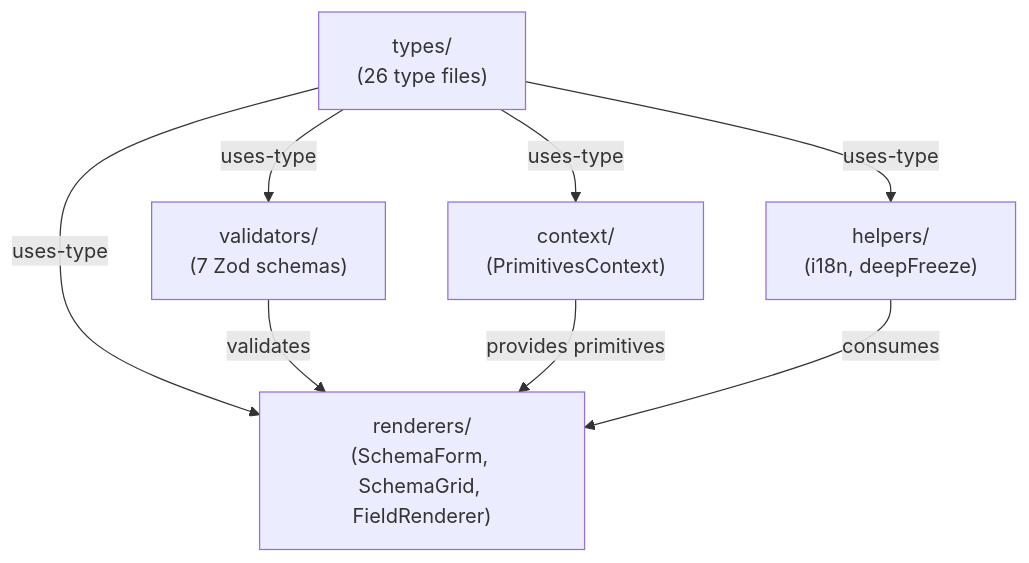
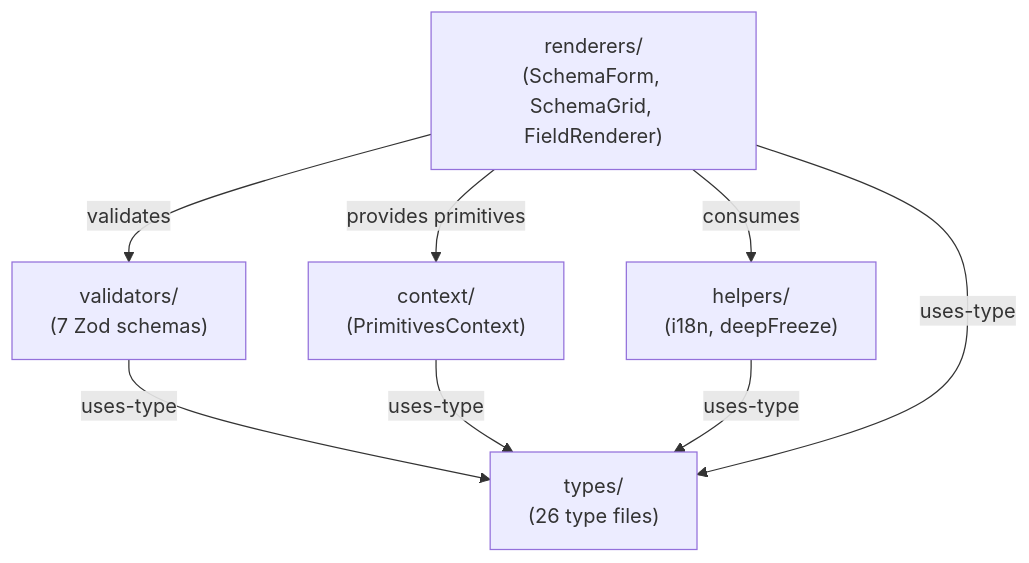
Before and after one commit to WianVDM/schema-framework: the first of 3 diagrams in docs/context-map.md, drawn with Mermaid. The commit also changed 21 other files, not shown here.

````diff
--- a/docs/context-map.md
+++ b/docs/context-map.md
@@ -21,16 +21,16 @@
 ```mermaid
 graph TD
     types["types/<br/>(26 type files)"]
     validators["validators/<br/>(7 Zod schemas)"]
     context["context/<br/>(PrimitivesContext)"]
     helpers["helpers/<br/>(i18n, deepFreeze)"]
     renderers["renderers/<br/>(SchemaForm, SchemaGrid, FieldRenderer)"]
 
-    types -->|uses-type| validators
-    types -->|uses-type| context
-    types -->|uses-type| helpers
-    types -->|uses-type| renderers
-    validators -->|validates| renderers
-    context -->|provides primitives| renderers
-    helpers -->|consumes| renderers
+    validators -->|uses-type| types
+    context -->|uses-type| types
+    helpers -->|uses-type| types
+    renderers -->|uses-type| types
+    renderers -->|validates| validators
+    renderers -->|provides primitives| context
+    renderers -->|consumes| helpers
 ```
````
